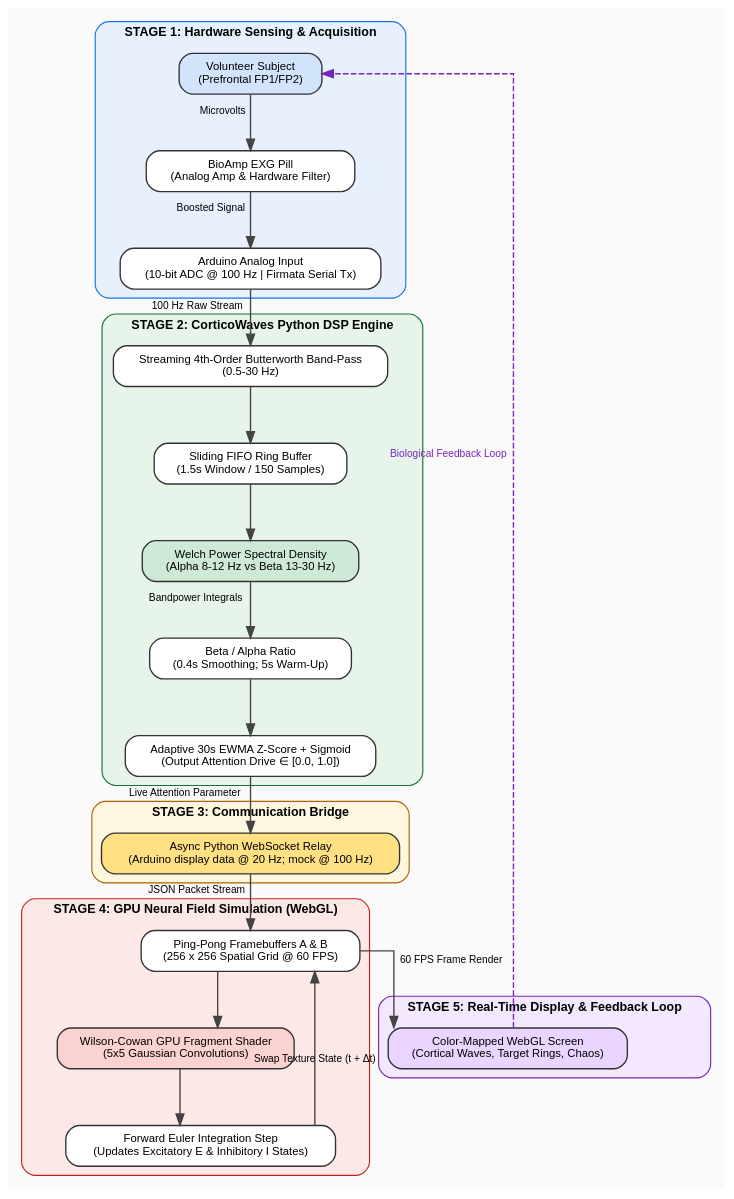
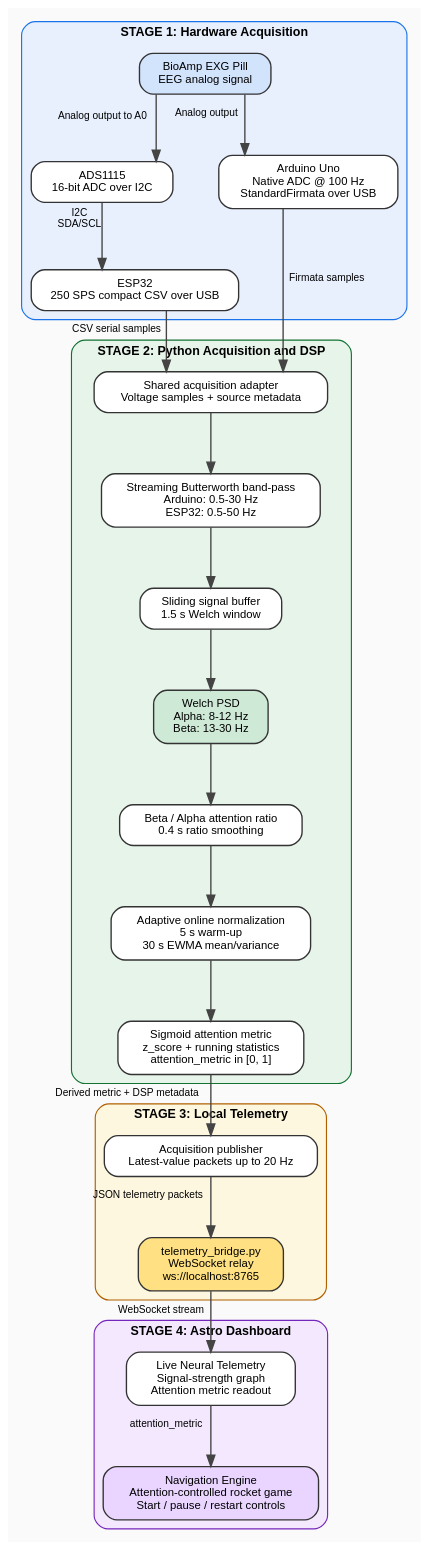
The diagram in docs/architecture/corticowaves_flowchart.dot (tmghna/corticowaves), drawn with Graphviz before and after one commit. The commit also changed 9 other files, not shown here.

Commit message:
feat(hardware): esp32 compatibility and accurate flowchart and readme documentation

```diff
--- a/docs/architecture/corticowaves_flowchart.dot
+++ b/docs/architecture/corticowaves_flowchart.dot
@@ -1,131 +1,99 @@
 digraph CorticoWavesFlowchart {
-    // Global Settings
     graph [
         rankdir=TB,
         splines=ortho,
-        nodesep=0.5,
-        ranksep=0.7,
+        nodesep=0.55,
+        ranksep=0.75,
         fontname="Helvetica",
         fontsize=12,
         bgcolor="#FAFAFA"
     ];
 
     node [
         fontname="Helvetica",
         fontsize=10,
         shape=rect,
         style="filled,rounded",
         fillcolor="#FFFFFF",
         color="#333333",
         penwidth=1.2,
         margin="0.2,0.1"
     ];
 
     edge [
         fontname="Helvetica",
         fontsize=9,
         color="#444444",
         penwidth=1.2
     ];
 
-    // ==========================================
-    // STAGE 1: HARDWARE ACQUISITION
-    // ==========================================
-    subgraph cluster_stage1 {
-        label="STAGE 1: Hardware Sensing & Acquisition";
+    subgraph cluster_acquisition {
+        label="STAGE 1: Hardware Acquisition";
         style="filled,rounded";
         fillcolor="#E8F0FE";
         color="#1A73E8";
         fontname="Helvetica-Bold";
         fontsize=11;
 
-        volunteer [label="Volunteer Subject\n(Prefrontal FP1/FP2)", fillcolor="#D2E3FC"];
-        bioamp    [label="BioAmp EXG Pill\n(Analog Amp & Hardware Filter)"];
-        arduino   [label="Arduino Analog Input\n(10-bit ADC @ 100 Hz | Firmata Serial Tx)"];
+        eeg [label="BioAmp EXG Pill\nEEG analog signal", fillcolor="#D2E3FC"];
+        arduino [label="Arduino Uno\nNative ADC @ 100 Hz\nStandardFirmata over USB"];
+        ads1115 [label="ADS1115\n16-bit ADC over I2C"];
+        esp32 [label="ESP32\n250 SPS compact CSV over USB"];
 
-        volunteer -> bioamp [xlabel=" Microvolts"];
-        bioamp -> arduino [xlabel=" Boosted Signal"];
+        eeg -> arduino [xlabel=" Analog output"];
+        eeg -> ads1115 [xlabel=" Analog output to A0"];
+        ads1115 -> esp32 [xlabel=" I2C\nSDA/SCL"];
     }
 
-    // ==========================================
-    // STAGE 2: PYTHON DSP ENGINE
-    // ==========================================
-    subgraph cluster_stage2 {
-        label="STAGE 2: CorticoWaves Python DSP Engine";
+    subgraph cluster_dsp {
+        label="STAGE 2: Python Acquisition and DSP";
         style="filled,rounded";
         fillcolor="#E6F4EA";
         color="#137333";
         fontname="Helvetica-Bold";
         fontsize=11;
 
-        filter    [label="Streaming 4th-Order Butterworth Band-Pass\n(0.5-30 Hz)"];
-        buffer    [label="Sliding FIFO Ring Buffer\n(1.5s Window / 150 Samples)"];
-        psd       [label="Welch Power Spectral Density\n(Alpha 8-12 Hz vs Beta 13-30 Hz)", fillcolor="#CEEAD6"];
-        attention [label="Beta / Alpha Ratio\n(0.4s Smoothing; 5s Warm-Up)"];
-        sigmoid   [label="Adaptive 30s EWMA Z-Score + Sigmoid\n(Output Attention Drive ∈ [0.0, 1.0])"];
+        input [label="Shared acquisition adapter\nVoltage samples + source metadata"];
+        filter [label="Streaming Butterworth band-pass\nArduino: 0.5-30 Hz\nESP32: 0.5-50 Hz"];
+        buffer [label="Sliding signal buffer\n1.5 s Welch window"];
+        psd [label="Welch PSD\nAlpha: 8-12 Hz\nBeta: 13-30 Hz", fillcolor="#CEEAD6"];
+        ratio [label="Beta / Alpha attention ratio\n0.4 s ratio smoothing"];
+        adaptive [label="Adaptive online normalization\n5 s warm-up\n30 s EWMA mean/variance"];
+        metric [label="Sigmoid attention metric\nz_score + running statistics\nattention_metric in [0, 1]"];
 
-        filter -> buffer;
-        buffer -> psd;
-        psd -> attention [xlabel=" Bandpower Integrals"];
-        attention -> sigmoid;
+        input -> filter -> buffer -> psd -> ratio -> adaptive -> metric;
     }
 
-    // ==========================================
-    // STAGE 3: WEBSOCKET BRIDGE
-    // ==========================================
-    subgraph cluster_stage3 {
-        label="STAGE 3: Communication Bridge";
+    subgraph cluster_transport {
+        label="STAGE 3: Local Telemetry";
         style="filled,rounded";
         fillcolor="#FEF7E0";
         color="#B06000";
         fontname="Helvetica-Bold";
         fontsize=11;
 
-        websocket [label="Async Python WebSocket Relay\n(Arduino display data @ 20 Hz; mock @ 100 Hz)", fillcolor="#FFE082"];
+        publisher [label="Acquisition publisher\nLatest-value packets up to 20 Hz"];
+        relay [label="telemetry_bridge.py\nWebSocket relay\nws://localhost:8765", fillcolor="#FFE082"];
+
+        publisher -> relay [xlabel=" JSON telemetry packets"];
     }
 
-    // ==========================================
-    // STAGE 4: WEBGL GPU NEURAL FIELD SOLVER
-    // ==========================================
-    subgraph cluster_stage4 {
-        label="STAGE 4: GPU Neural Field Simulation (WebGL)";
-        style="filled,rounded";
-        fillcolor="#FCE8E6";
-        color="#C5221F";
-        fontname="Helvetica-Bold";
-        fontsize=11;
-
-        pingpong [label="Ping-Pong Framebuffers A & B\n(256 x 256 Spatial Grid @ 60 FPS)"];
-        shader   [label="Wilson-Cowan GPU Fragment Shader\n(5x5 Gaussian Convolutions)", fillcolor="#FAD2CF"];
-        euler    [label="Forward Euler Integration Step\n(Updates Excitatory E & Inhibitory I States)"];
-
-        pingpong -> shader;
-        shader -> euler;
-        euler -> pingpong [xlabel=" Swap Texture State (t + Δt)"];
-    }
-
-    // ==========================================
-    // STAGE 5: VISUAL FEEDBACK LOOP
-    // ==========================================
-    subgraph cluster_stage5 {
-        label="STAGE 5: Real-Time Display & Feedback Loop";
+    subgraph cluster_dashboard {
+        label="STAGE 4: Astro Dashboard";
         style="filled,rounded";
         fillcolor="#F3E8FD";
         color="#7627BB";
         fontname="Helvetica-Bold";
         fontsize=11;
 
-        display [label="Color-Mapped WebGL Screen\n(Cortical Waves, Target Rings, Chaos)", fillcolor="#E9D5FF"];
+        telemetry [label="Live Neural Telemetry\nSignal-strength graph\nAttention metric readout"];
+        game [label="Navigation Engine\nAttention-controlled rocket game\nStart / pause / restart controls", fillcolor="#E9D5FF"];
+
+        telemetry -> game [xlabel=" attention_metric"];
     }
 
-    // ==========================================
-    // INTER-STAGE CONNECTIONS
-    // ==========================================
-    arduino -> filter     [xlabel=" 100 Hz Raw Stream"];
-    sigmoid -> websocket  [xlabel=" Live Attention Parameter"];
-    websocket -> pingpong [xlabel=" JSON Packet Stream"];
-    pingpong -> display   [xlabel=" 60 FPS Frame Render"];
-
-    // Closed-loop biological feedback
-    display -> volunteer  [xlabel=" Biological Feedback Loop", style=dashed, color="#7627BB", fontcolor="#7627BB", constraint=false];
+    arduino -> input [xlabel=" Firmata samples"];
+    esp32 -> input [xlabel=" CSV serial samples"];
+    metric -> publisher [xlabel=" Derived metric + DSP metadata"];
+    relay -> telemetry [xlabel=" WebSocket stream"];
 }
```
